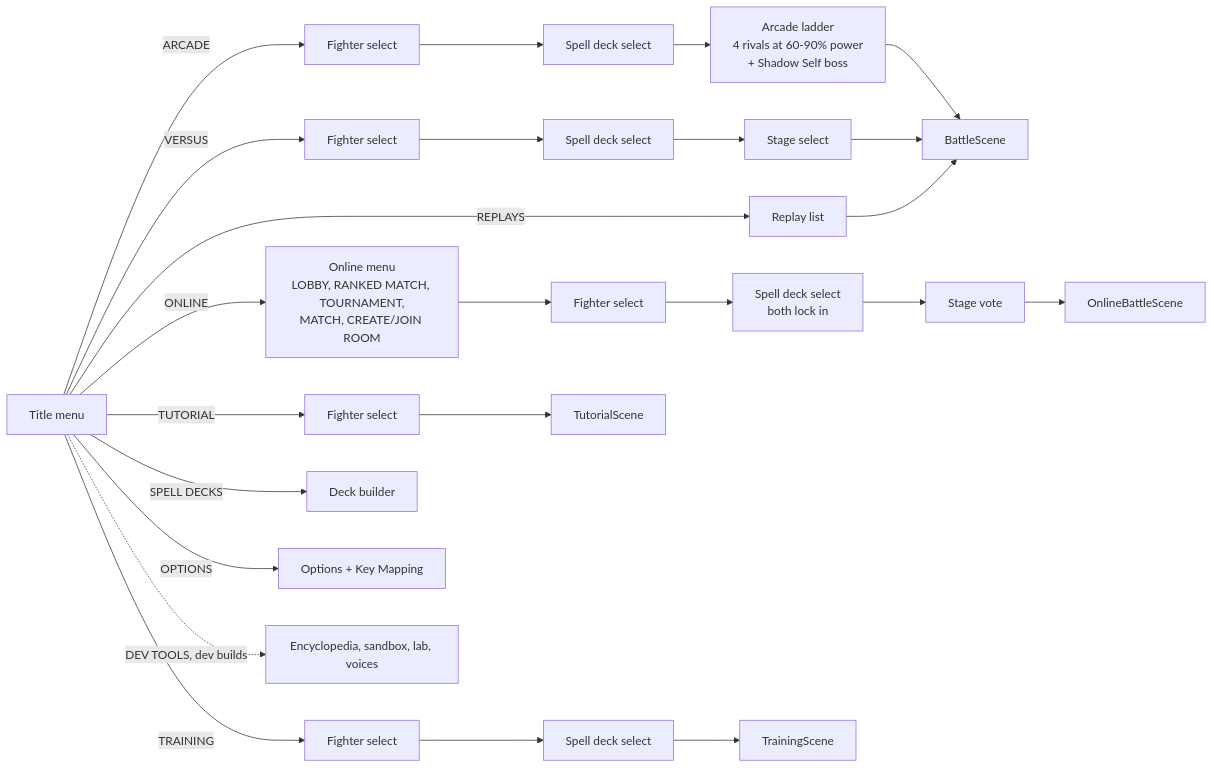
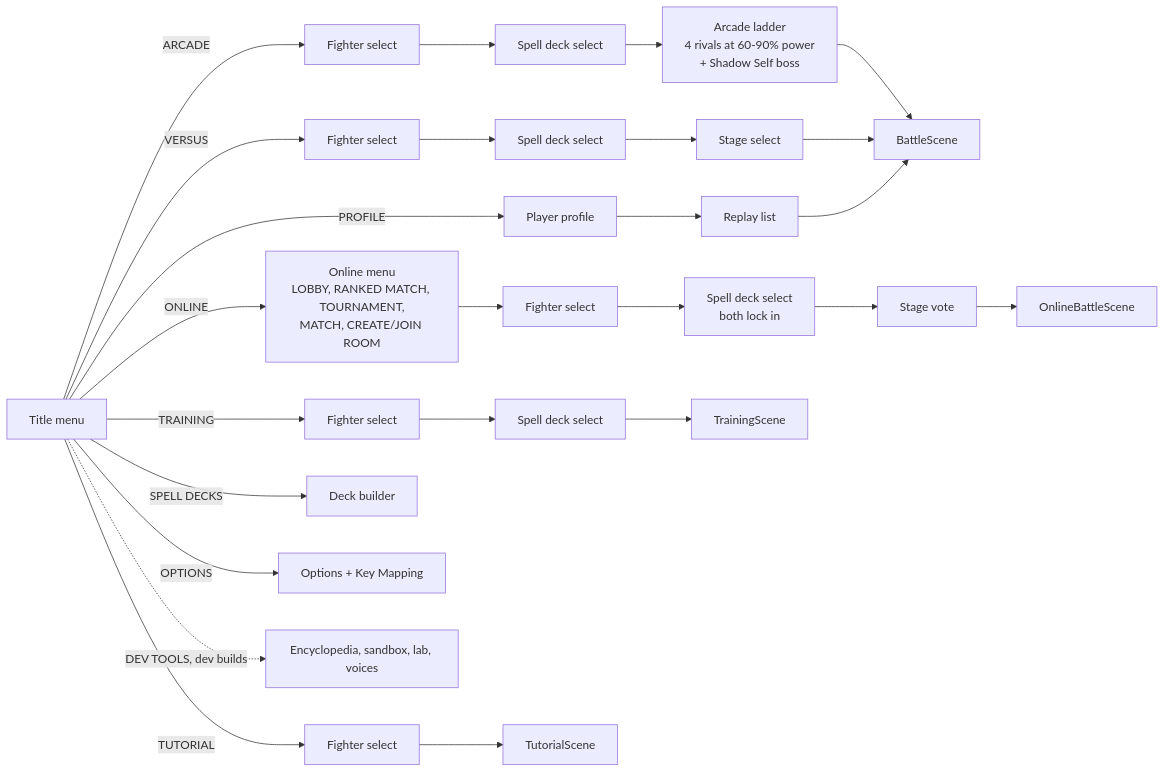
One commit to WesleyT4N/spell-vs-steel changed diagram 11 of 19 in docs/ARCHITECTURE.md. Above: the diagram before and after it, drawn with Mermaid. The commit also changed other lines of this file and 10 other files, not shown here.

First line of the commit message:
Player profile with replays inside, and slow-mo replay controls

````diff
--- a/docs/ARCHITECTURE.md
+++ b/docs/ARCHITECTURE.md
@@ -289,13 +290,13 @@
 ```mermaid
 flowchart LR
   title[Title menu]
   title -- ARCADE --> cs0[Fighter select] --> dk0[Spell deck select] --> ar["Arcade ladder<br/>4 rivals at 60-90% power<br/>+ Shadow Self boss"] --> bs
   title -- VERSUS --> cs1[Fighter select] --> dk1[Spell deck select] --> ss1[Stage select] --> bs[BattleScene]
   title -- ONLINE --> om["Online menu<br/>LOBBY, RANKED MATCH, TOURNAMENT,<br/>MATCH, CREATE/JOIN ROOM"] --> cs2[Fighter select] --> dk2["Spell deck select<br/>both lock in"] --> ss2[Stage vote] --> ob[OnlineBattleScene]
-  title -- REPLAYS --> rp[Replay list] --> bs
+  title -- PROFILE --> pf[Player profile] --> rp[Replay list] --> bs
   title -- TRAINING --> cs3[Fighter select] --> dk3[Spell deck select] --> tr[TrainingScene]
   title -- TUTORIAL --> cs4[Fighter select] --> tu[TutorialScene]
   title -- SPELL DECKS --> db[Deck builder]
   title -- OPTIONS --> op[Options + Key Mapping]
   title -. DEV TOOLS, dev builds .-> dev[Encyclopedia, sandbox, lab, voices]
 ```
````
